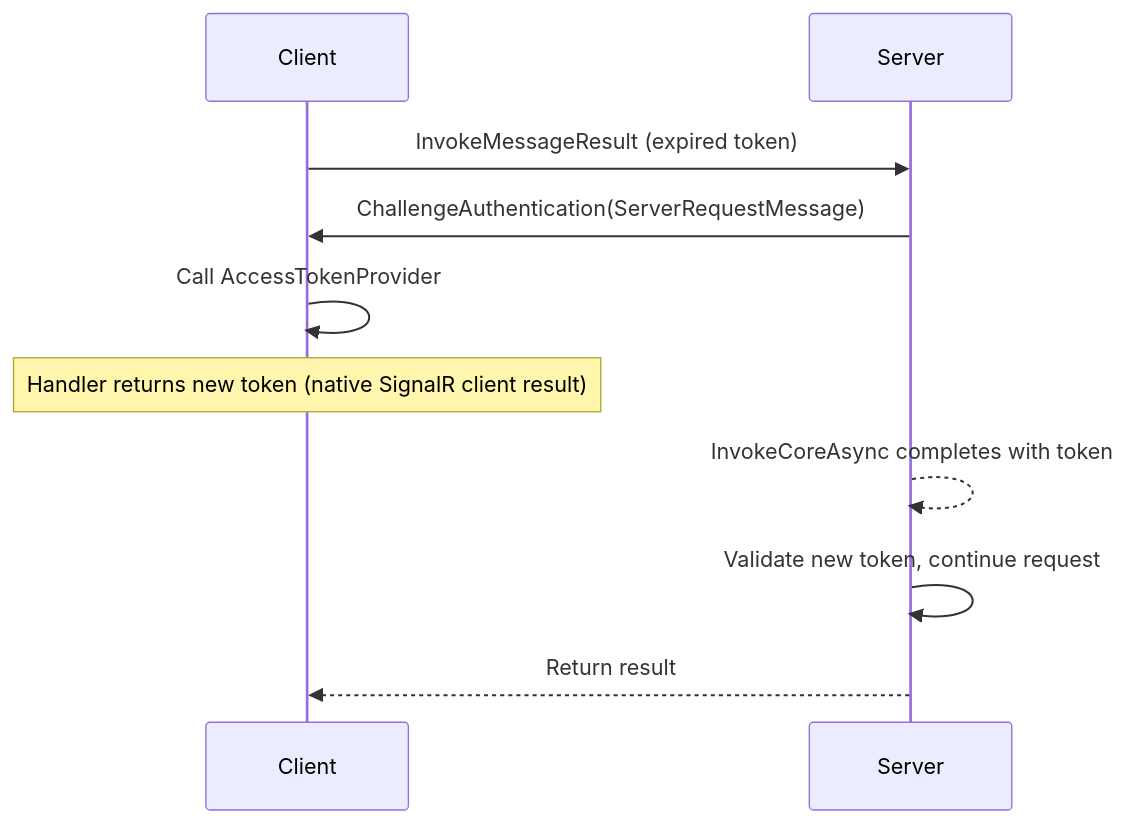
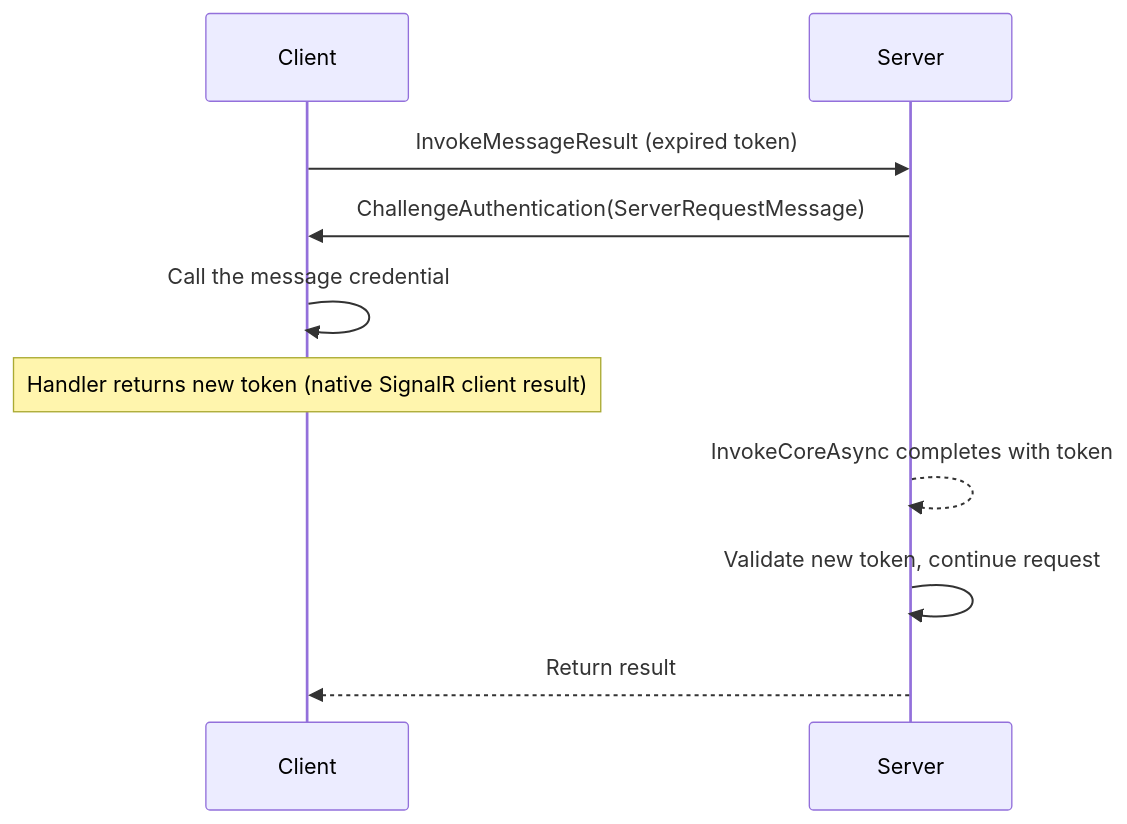
Before and after one commit to cocoar-dev/Cocoar.SignalARRR: the third of 4 diagrams in skills/signalarrr/references/reference/wire-protocol.md, drawn with Mermaid. The commit also changed 33 other files, not shown here.

First line of the commit message:
Give every client the same credential options

````diff
--- a/skills/signalarrr/references/reference/wire-protocol.md
+++ b/skills/signalarrr/references/reference/wire-protocol.md
@@ -111,12 +111,12 @@
 ```mermaid
 sequenceDiagram
     participant Client
     participant Server
     Client->>Server: InvokeMessageResult (expired token)
     Server->>Client: ChallengeAuthentication(ServerRequestMessage)
-    Client->>Client: Call AccessTokenProvider
+    Client->>Client: Call the message credential
     Note over Client: Handler returns new token (native SignalR client result)
     Server-->>Server: InvokeCoreAsync completes with token
     Server->>Server: Validate new token, continue request
     Server-->>Client: Return result
 ```
````
